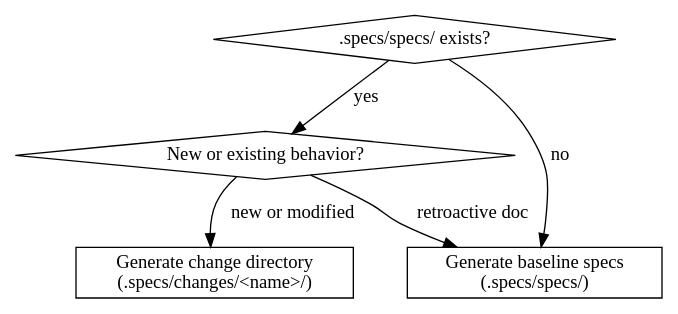
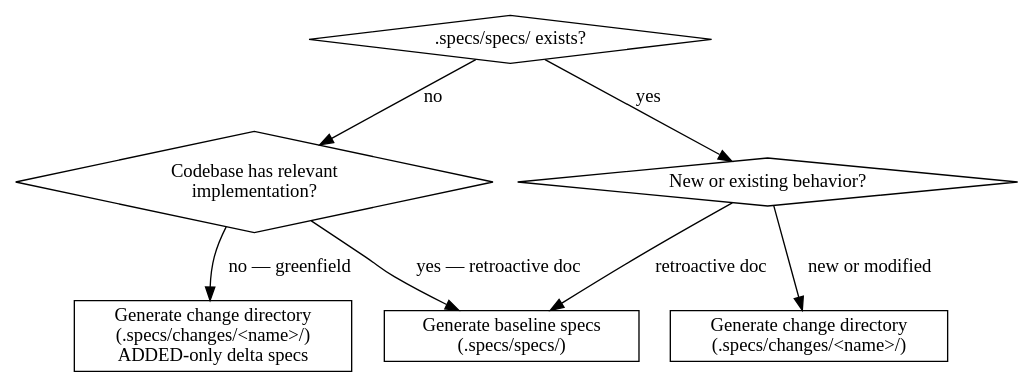
The diagram in skills/sdd-derive/references/sdd-derive-output-type.dot (ahgraber/skills), drawn with Graphviz before and after one commit. The commit also changed 12 other files, not shown here.

First line of the commit message:
fix(sdd): resolve unspecified case for derive & translate in greenfield projects

```diff
--- a/skills/sdd-derive/references/sdd-derive-output-type.dot
+++ b/skills/sdd-derive/references/sdd-derive-output-type.dot
@@ -1,14 +1,20 @@
 digraph output_type {
     // Decision tree for sdd-derive output type
     // WHEN: Determining whether to generate change directory or baseline specs
+    // KEY INVARIANT: .specs/specs/ only documents implemented behavior.
+    // Greenfield projects (no code) always use a change directory.
 
     ".specs/specs/ exists?" [shape=diamond];
+    "Codebase has relevant\nimplementation?" [shape=diamond];
     "New or existing behavior?" [shape=diamond];
+    "Generate change directory\n(.specs/changes/<name>/)\nADDED-only delta specs" [shape=box];
     "Generate change directory\n(.specs/changes/<name>/)" [shape=box];
     "Generate baseline specs\n(.specs/specs/)" [shape=box];
 
+    ".specs/specs/ exists?" -> "Codebase has relevant\nimplementation?" [label="no"];
+    "Codebase has relevant\nimplementation?" -> "Generate baseline specs\n(.specs/specs/)" [label="yes — retroactive doc"];
+    "Codebase has relevant\nimplementation?" -> "Generate change directory\n(.specs/changes/<name>/)\nADDED-only delta specs" [label="no — greenfield"];
     ".specs/specs/ exists?" -> "New or existing behavior?" [label="yes"];
-    ".specs/specs/ exists?" -> "Generate baseline specs\n(.specs/specs/)" [label="no"];
     "New or existing behavior?" -> "Generate change directory\n(.specs/changes/<name>/)" [label="new or modified"];
     "New or existing behavior?" -> "Generate baseline specs\n(.specs/specs/)" [label="retroactive doc"];
 }
```
